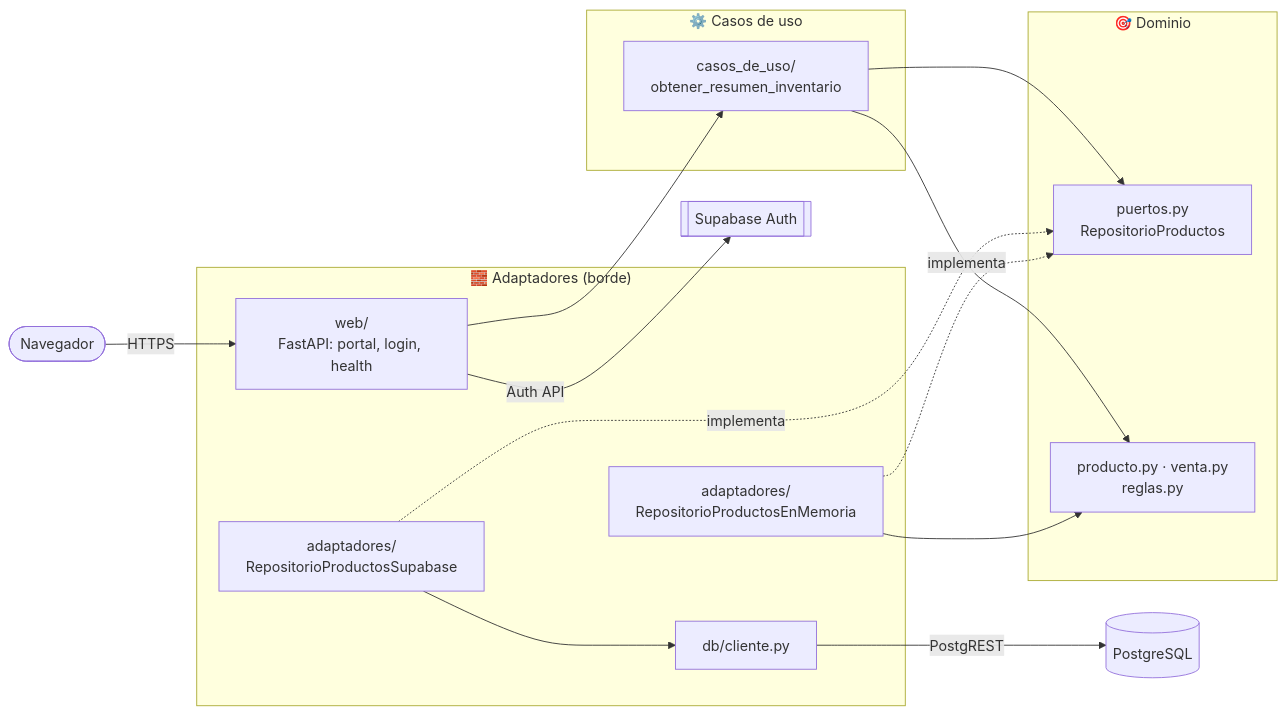
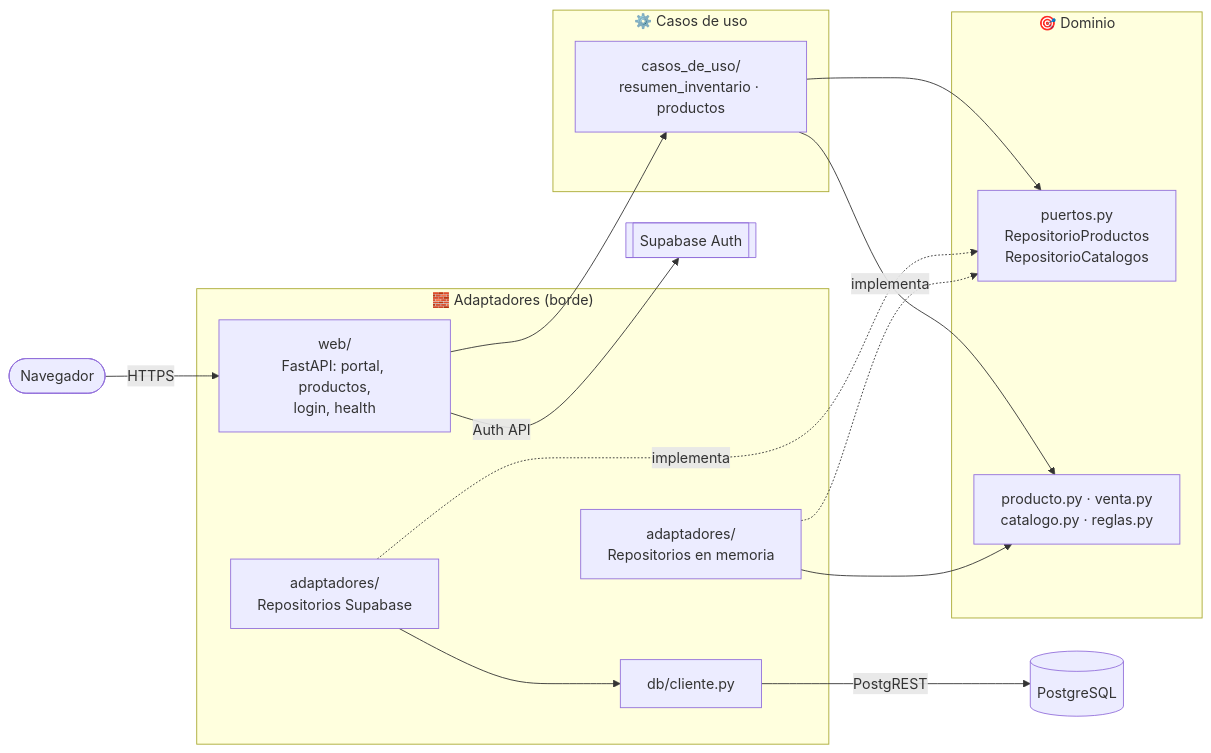
One commit to Isosa9/Agro-Inventario changed the third of 4 diagrams in docs/arquitectura.md. Above: the diagram before and after it, drawn with Mermaid. The commit also changed other lines of this file and 2 other files, not shown here.

Commit message:
docs: documentar la etapa de productos

````diff
--- a/docs/arquitectura.md
+++ b/docs/arquitectura.md
@@ -94,30 +94,30 @@
 ```mermaid
 flowchart LR
     navegador([Navegador]) -->|HTTPS| web
 
     subgraph borde["🧱 Adaptadores (borde)"]
-        web["web/<br/>FastAPI: portal, login, health"]
-        supa["adaptadores/<br/>RepositorioProductosSupabase"]
-        memoria["adaptadores/<br/>RepositorioProductosEnMemoria"]
+        web["web/<br/>FastAPI: portal, productos,<br/>login, health"]
+        supa["adaptadores/<br/>Repositorios Supabase"]
+        memoria["adaptadores/<br/>Repositorios en memoria"]
         db["db/cliente.py"]
     end
 
     subgraph medio["⚙️ Casos de uso"]
-        resumen["casos_de_uso/<br/>obtener_resumen_inventario"]
+        resumen["casos_de_uso/<br/>resumen_inventario · productos"]
     end
 
     subgraph centro["🎯 Dominio"]
-        puerto["puertos.py<br/>RepositorioProductos"]
-        entidades["producto.py · venta.py<br/>reglas.py"]
+        puerto["puertos.py<br/>RepositorioProductos<br/>RepositorioCatalogos"]
+        entidades["producto.py · venta.py<br/>catalogo.py · reglas.py"]
     end
 
     web --> resumen
     resumen --> puerto
     resumen --> entidades
     supa -. implementa .-> puerto
     memoria -. implementa .-> puerto
     memoria --> entidades
     supa --> db
     db -->|PostgREST| pg[(PostgreSQL)]
     web -->|Auth API| auth[[Supabase Auth]]
 ```
````
